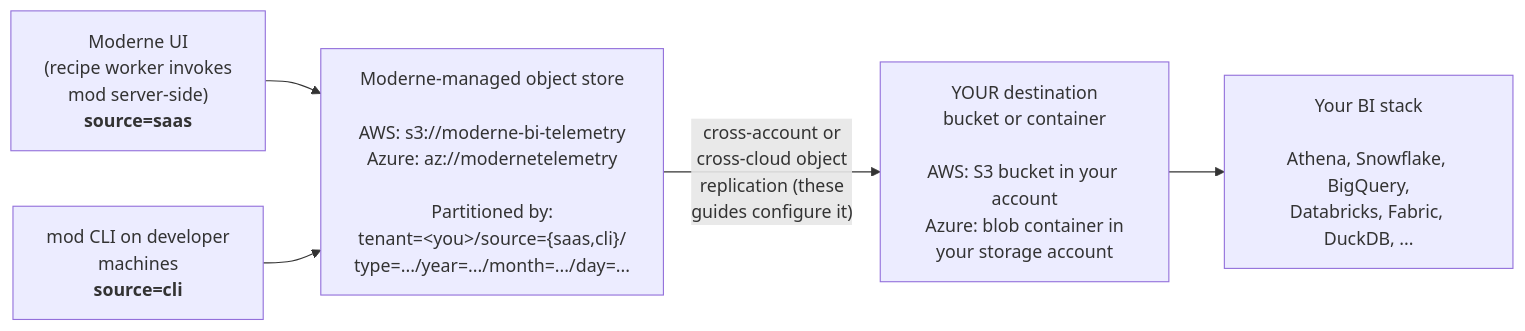
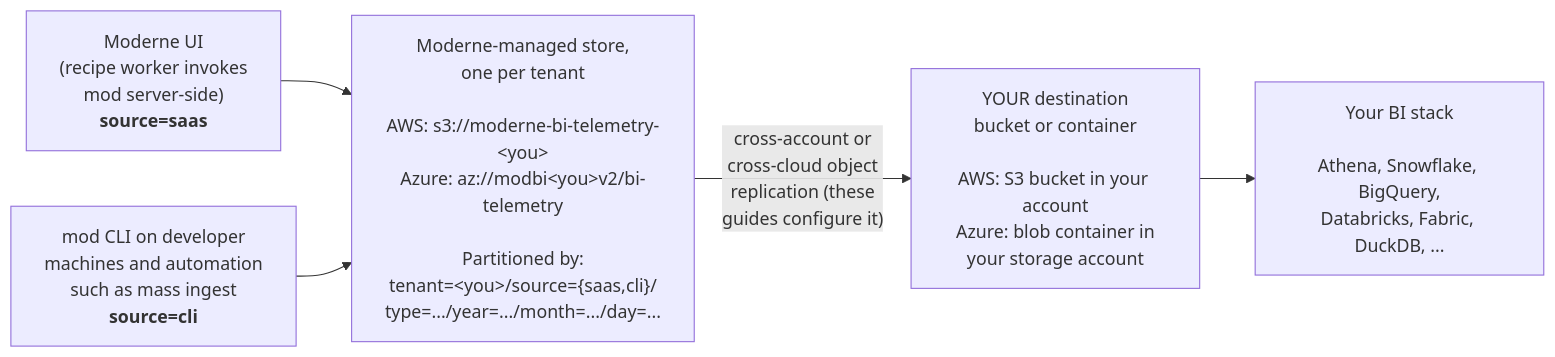
Before and after one commit to moderneinc/moderne-docs: the diagram in docs/administrator-documentation/moderne-platform/how-to-guides/configuring-telemetry-exports/overview.md, drawn with Mermaid. The commit also changed other lines of this file and 4 other files, not shown here.

First line of the commit message:
Name the per-tenant source bucket, and describe source=cli accurately

````diff
--- a/docs/administrator-documentation/moderne-platform/how-to-guides/configuring-telemetry-exports/overview.md
+++ b/docs/administrator-documentation/moderne-platform/how-to-guides/configuring-telemetry-exports/overview.md
@@ -66,13 +66,13 @@
 ```mermaid
 flowchart LR
     UI["Moderne UI<br/>(recipe worker invokes<br/>mod server-side)<br/><b>source=saas</b>"]
-    CLI["mod CLI on developer<br/>machines<br/><b>source=cli</b>"]
-    Store["Moderne-managed object store<br/><br/>AWS: s3://moderne-bi-telemetry<br/>Azure: az://modernetelemetry<br/><br/>Partitioned by:<br/>tenant=&lt;you&gt;/source={saas,cli}/<br/>type=.../year=.../month=.../day=..."]
+    CLI["mod CLI on developer<br/>machines and automation<br/>such as mass ingest<br/><b>source=cli</b>"]
+    Store["Moderne-managed store,<br/>one per tenant<br/><br/>AWS: s3://moderne-bi-telemetry-&lt;you&gt;<br/>Azure: az://modbi&lt;you&gt;v2/bi-telemetry<br/><br/>Partitioned by:<br/>tenant=&lt;you&gt;/source={saas,cli}/<br/>type=.../year=.../month=.../day=..."]
     Dest["YOUR destination<br/>bucket or container<br/><br/>AWS: S3 bucket in your account<br/>Azure: blob container in<br/>your storage account"]
     BI["Your BI stack<br/><br/>Athena, Snowflake, BigQuery,<br/>Databricks, Fabric, DuckDB, ..."]
 
     UI --> Store
     CLI --> Store
     Store -- "cross-account or<br/>cross-cloud object<br/>replication (these<br/>guides configure it)" --> Dest
     Dest --> BI
 ```
````
